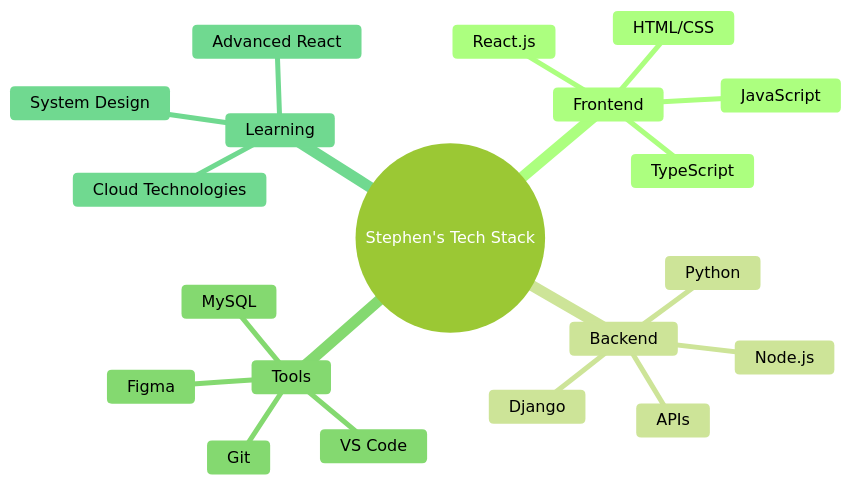
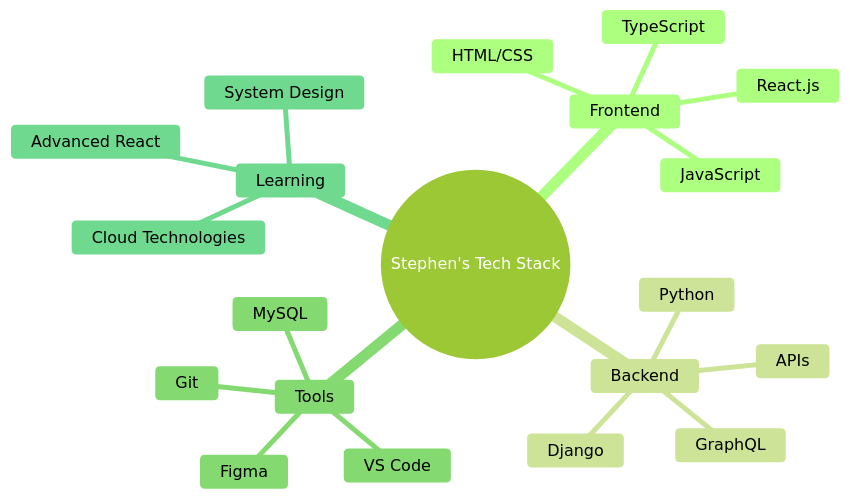
One commit to Iamvinnie254/Iamvinnie254 changed the diagram in README.md. Above: the diagram before and after it, drawn with Mermaid (forest theme). The commit also changed other lines of this file, not shown here.

````diff
--- a/README.md
+++ b/README.md
@@ -73,23 +58,23 @@
 ```mermaid
 mindmap
   root((Stephen's Tech Stack))
     Frontend
       React.js
       TypeScript
       JavaScript
       HTML/CSS
     Backend
       Django
       Python
-      Node.js
+      GraphQL
       APIs
     Tools
       Git
       Figma
       VS Code
       MySQL
     Learning
       Advanced React
       Cloud Technologies
       System Design
 ```
````
